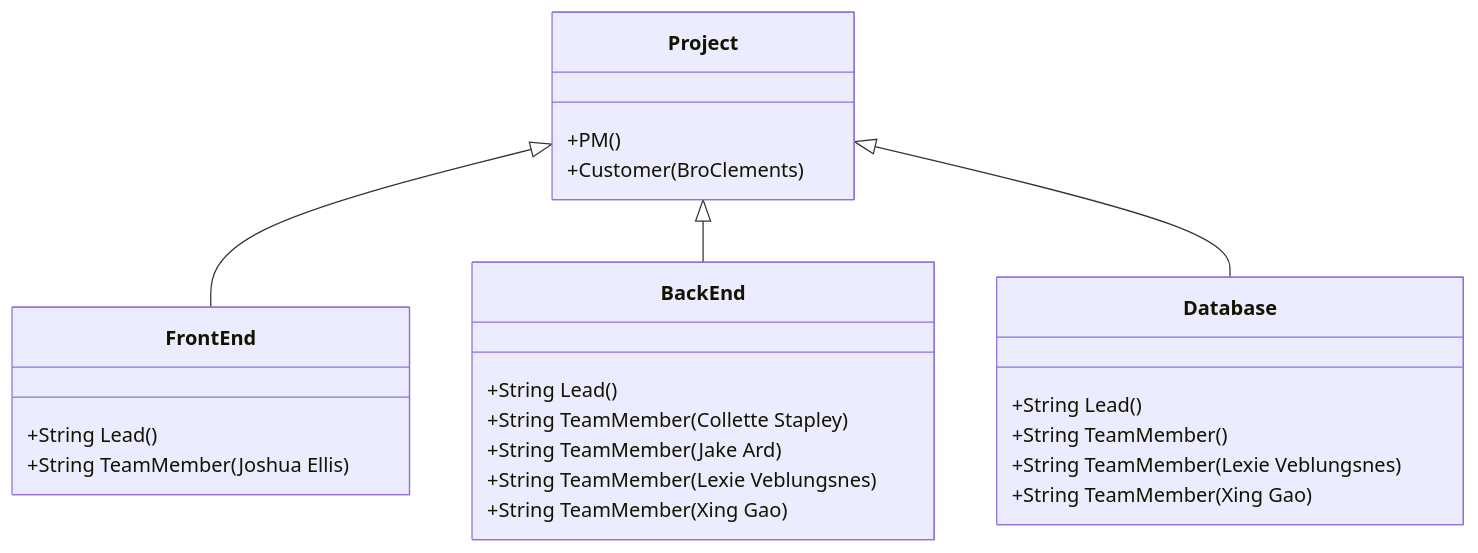
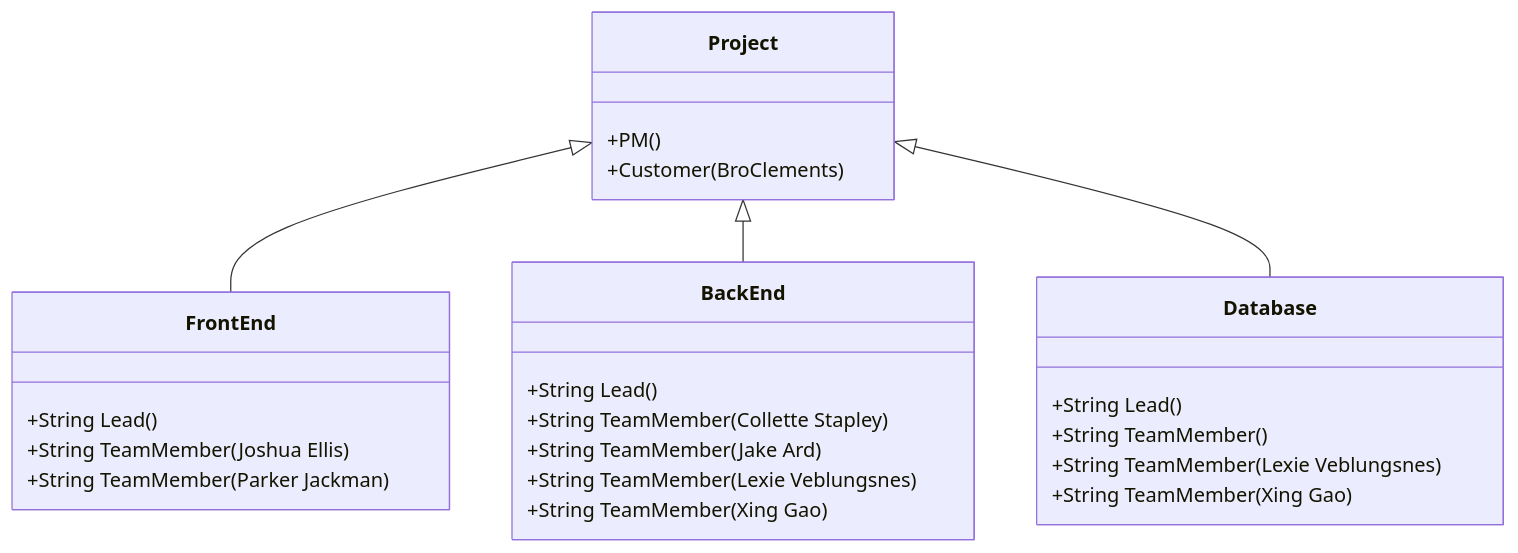
One commit to anrj2/2024SprCSE397PCP changed the second of 2 diagrams in project/org/OrganizationChart.md. Above: the diagram before and after it, drawn with Mermaid. The commit also changed other lines of this file, not shown here.

````diff
--- a/project/org/OrganizationChart.md
+++ b/project/org/OrganizationChart.md
@@ -28,28 +28,28 @@
 ```mermaid
 classDiagram
       Project <|-- FrontEnd
       Project <|-- BackEnd
       Project <|-- Database
       Project : +PM()
       Project : +Customer(BroClements)
       class FrontEnd{
           +String Lead()
           +String TeamMember(Joshua Ellis)
-
+          +String TeamMember(Parker Jackman)
       }
       class BackEnd{
           +String Lead()
           +String TeamMember(Collette Stapley)
           +String TeamMember(Jake Ard)
           +String TeamMember(Lexie Veblungsnes)
           +String TeamMember(Xing Gao)
 
       }
       class Database{
           +String Lead()
           +String TeamMember()
           +String TeamMember(Lexie Veblungsnes)
           +String TeamMember(Xing Gao)
       
       }
 ```
````
